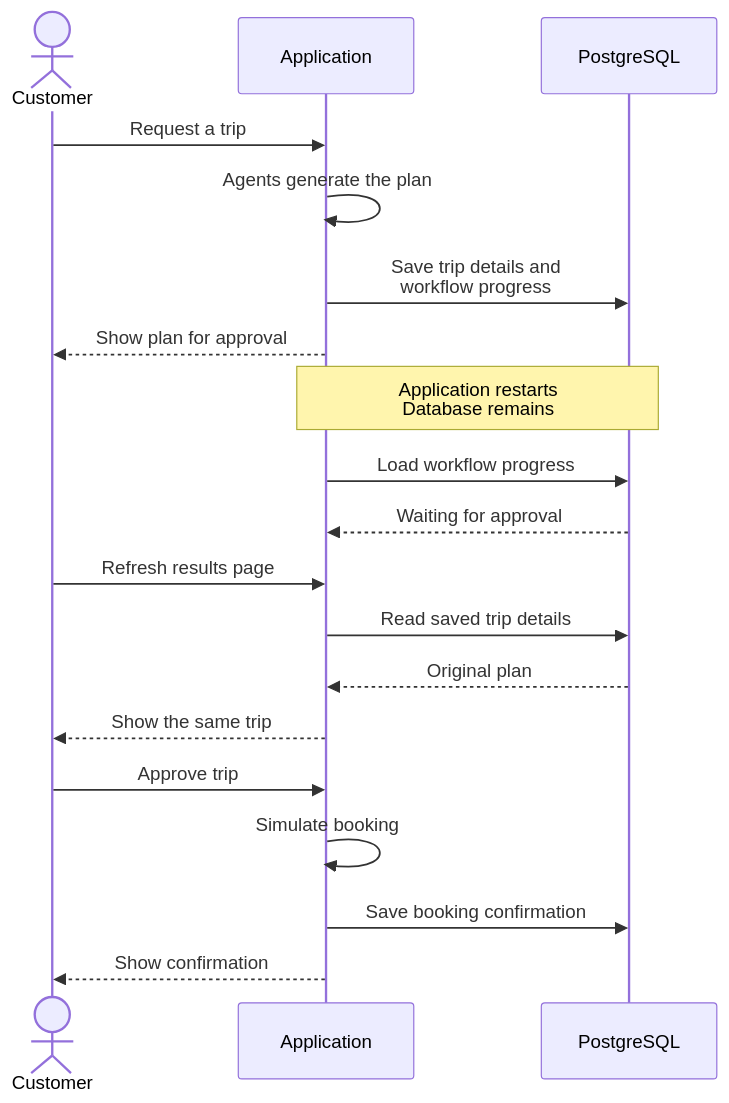
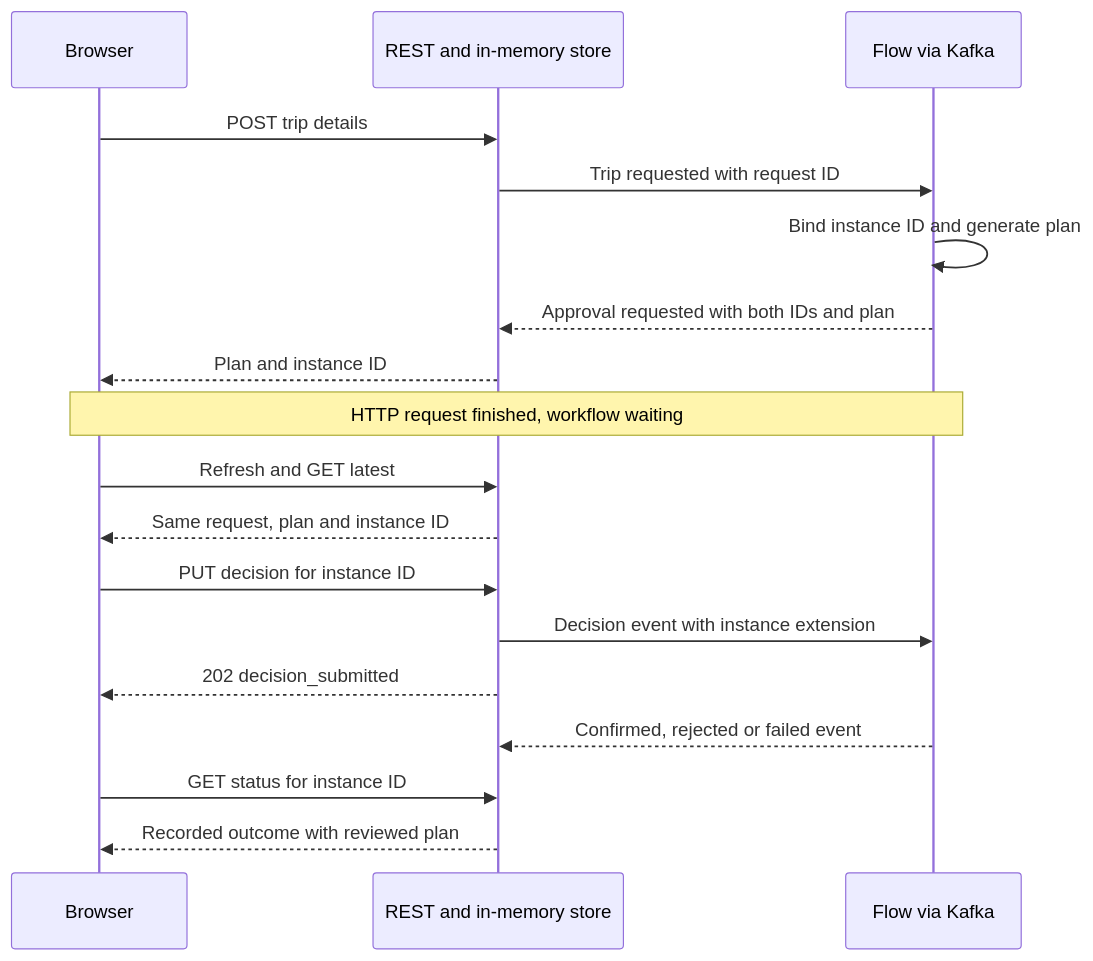
Before and after one commit to quarkusio/quarkus-workshop-langchain4j: the second of 2 diagrams in docs/docs/section-3/step-04.md, drawn with Mermaid. The commit also changed other lines of this file and 143 other files, not shown here.

````diff
--- a/docs/docs/section-3/step-04.md
+++ b/docs/docs/section-3/step-04.md
@@ -310,24 +145,20 @@
 ```mermaid
 sequenceDiagram
-    actor Customer
-    participant App as Application
-    participant DB as PostgreSQL
-
-    Customer->>App: Request a trip
-    App->>App: Agents generate the plan
-    App->>DB: Save trip details and<br/>workflow progress
-    App-->>Customer: Show plan for approval
-
-    Note over App,DB: Application restarts<br/>Database remains
-
-    App->>DB: Load workflow progress
-    DB-->>App: Waiting for approval
-    Customer->>App: Refresh results page
-    App->>DB: Read saved trip details
-    DB-->>App: Original plan
-    App-->>Customer: Show the same trip
-    Customer->>App: Approve trip
-    App->>App: Simulate booking
-    App->>DB: Save booking confirmation
-    App-->>Customer: Show confirmation
+    participant Browser
+    participant API as REST and in-memory store
+    participant Flow as Flow via Kafka
+    Browser->>API: POST trip details
+    API->>Flow: Trip requested with request ID
+    Flow->>Flow: Bind instance ID and generate plan
+    Flow-->>API: Approval requested with both IDs and plan
+    API-->>Browser: Plan and instance ID
+    Note over Browser,Flow: HTTP request finished, workflow waiting
+    Browser->>API: Refresh and GET latest
+    API-->>Browser: Same request, plan and instance ID
+    Browser->>API: PUT decision for instance ID
+    API->>Flow: Decision event with instance extension
+    API-->>Browser: 202 decision_submitted
+    Flow-->>API: Confirmed, rejected or failed event
+    Browser->>API: GET status for instance ID
+    API-->>Browser: Recorded outcome with reviewed plan
 ```
````
